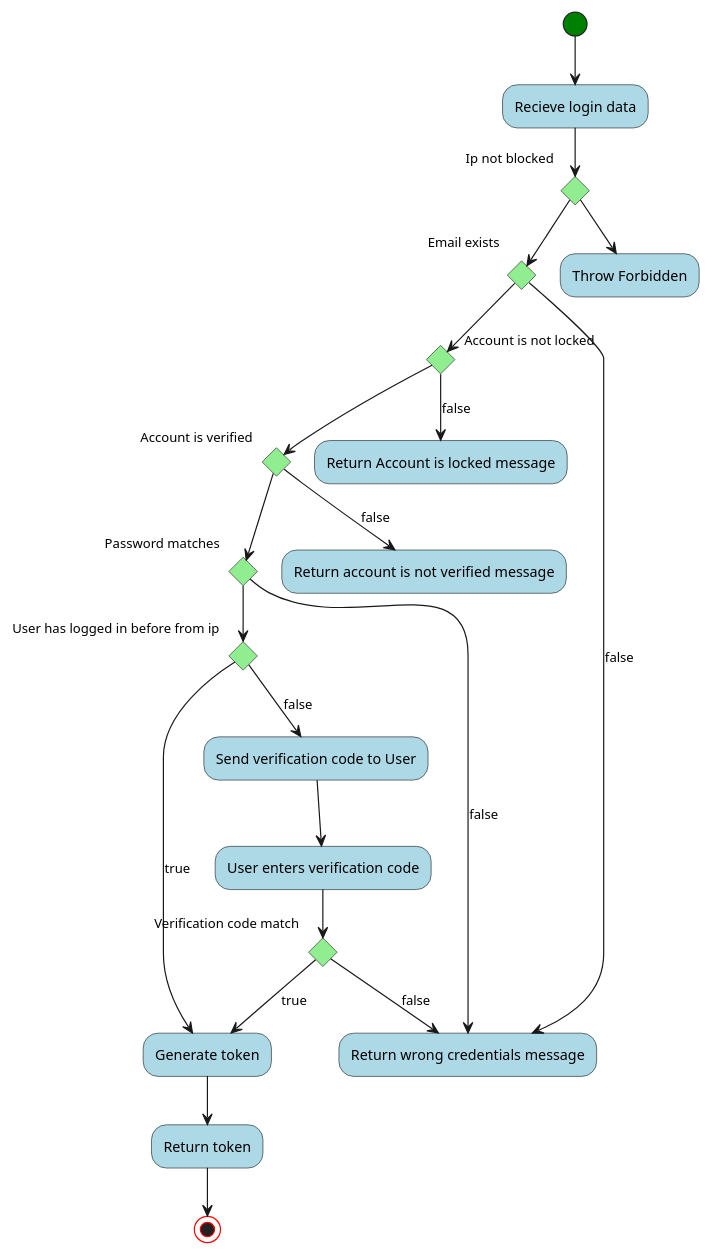
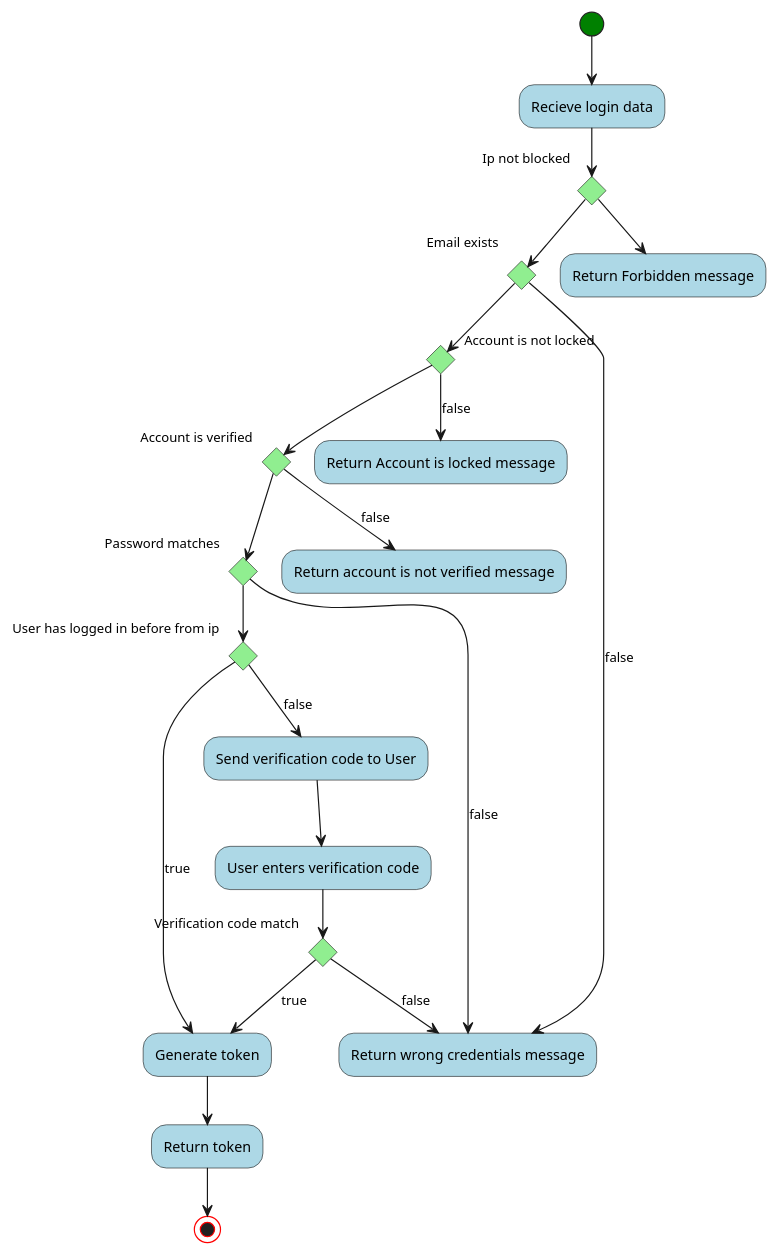
The diagram in Docs/FlowCharts/LoginFlowChart.plantuml (blackout1471/trust-us-school), drawn with PlantUML before and after one commit. The commit also changed 17 other files, not shown here.

Commit message:
Updated sd and flowcharts

```diff
--- a/Docs/FlowCharts/LoginFlowChart.plantuml
+++ b/Docs/FlowCharts/LoginFlowChart.plantuml
@@ -1,48 +1,48 @@
 @startuml Login Flowchart
 
 skinparam activity {
     BackgroundColor lightblue
     
     StartColor green
     EndColor red
     
     diamondBackgroundColor lightgreen
 }
 
 (*) --> "Recieve login data"
 
 if "Ip not blocked" then
     if "Email exists" then
         if "Account is not locked" then
             if "Account is verified" then
                 if "Password matches" then
                     if "User has logged in before from ip" then
                         -->[true] "Generate token"
                         --> "Return token"
                         --> (*)
                     else
                         -->[false] Send verification code to User
                         --> User enters verification code
                         if "Verification code match" then
                         -->[true] "Generate token"
                         else
                         -->[false] "Return wrong credentials message"
                         end if
                     end if 
                 else
                     -->[false] "Return wrong credentials message"
                 end if
             else
                 -->[false] "Return account is not verified message"
             end if
         else
             -->[false] "Return Account is locked message"
         end if
     else
       -->[false] "Return wrong credentials message"
 
     end if 
 else 
- --> "Throw Forbidden"
+ --> "Return Forbidden message"
 end if
 @enduml
```
